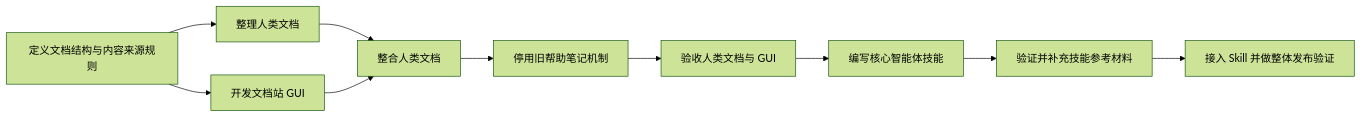
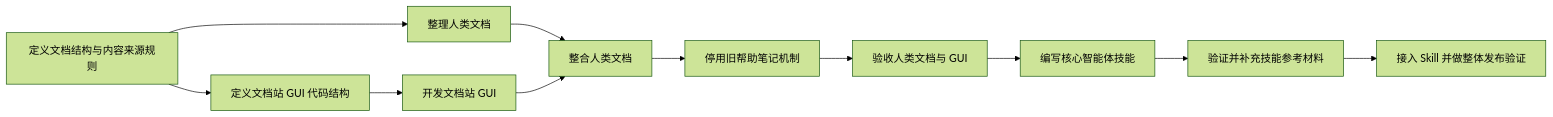
Before and after one commit to frostime/sy-query-view: the diagram in .dev/changes/query-view-docs-portal/graph.md, drawn with Mermaid (forest theme). The commit also changed other lines of this file and 113 other files, not shown here.

````diff
--- a/.dev/changes/query-view-docs-portal/graph.md
+++ b/.dev/changes/query-view-docs-portal/graph.md
@@ -6,12 +6,13 @@
 ```mermaid
 flowchart LR
     structure["定义文档结构与内容来源规则"] --> docs["整理人类文档"]
-    structure --> gui["开发文档站 GUI"]
+    structure --> guiShape["定义文档站 GUI 代码结构"]
+    guiShape --> gui["开发文档站 GUI"]
     docs --> integrate["整合人类文档"]
     gui --> integrate
     integrate --> retire["停用旧帮助笔记机制"]
     retire --> docsVerify["验收人类文档与 GUI"]
     docsVerify --> skill["编写核心智能体技能"]
     skill --> references["验证并补充技能参考材料"]
     references --> release["接入 Skill 并做整体发布验证"]
 ```
````
